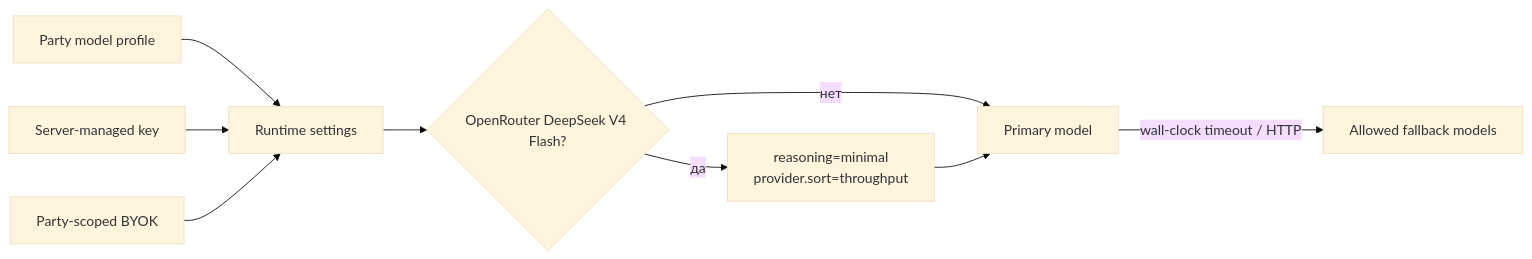
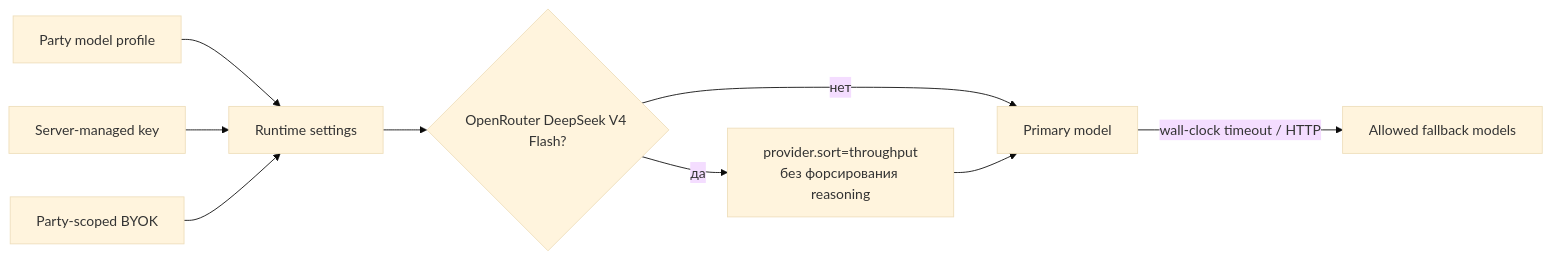
Before and after one commit to abykovwww-byte/ubuntu_ansible_palybooks: the diagram in docs/wiki/06-models-and-providers.md, drawn with Mermaid (base theme). The commit also changed other lines of this file and 8 other files, not shown here.

````diff
--- a/docs/wiki/06-models-and-providers.md
+++ b/docs/wiki/06-models-and-providers.md
@@ -32,11 +32,11 @@
 ```mermaid
 flowchart LR
     P["Party model profile"] --> R["Runtime settings"]
     K1["Server-managed key"] --> R
     K2["Party-scoped BYOK"] --> R
     R --> D{"OpenRouter DeepSeek V4 Flash?"}
-    D -->|"да"| O["reasoning=minimal<br/>provider.sort=throughput"]
+    D -->|"да"| O["provider.sort=throughput<br/>без форсирования reasoning"]
     D -->|"нет"| A["Primary model"]
     O --> A
     A -->|"wall-clock timeout / HTTP"| F["Allowed fallback models"]
 ```
````
